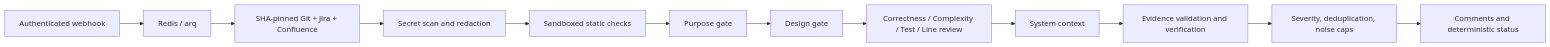
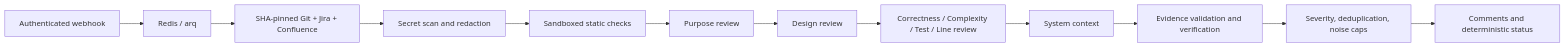
Before and after one commit to amir-99/Code-Reviewer: the diagram in README.md, drawn with Mermaid. The commit also changed other lines of this file and 7 other files, not shown here.

Commit message:
feat: update review process to treat BLOCKER findings as advisory SUGGESTIONs, enhancing review flow and documentation

````diff
--- a/README.md
+++ b/README.md
@@ -164,14 +164,14 @@
 ```mermaid
 flowchart LR
   Hook[Authenticated webhook] --> Queue[Redis / arq]
   Queue --> Context[SHA-pinned Git + Jira + Confluence]
   Context --> Secrets[Secret scan and redaction]
   Secrets --> Static[Sandboxed static checks]
-  Static --> Purpose[Purpose gate]
-  Purpose --> Design[Design gate]
+  Static --> Purpose[Purpose review]
+  Purpose --> Design[Design review]
   Design --> Fan[Correctness / Complexity / Test / Line review]
   Fan --> System[System context]
   System --> Validate[Evidence validation and verification]
   Validate --> Policy[Severity, deduplication, noise caps]
   Policy --> Publish[Comments and deterministic status]
 ```
````
